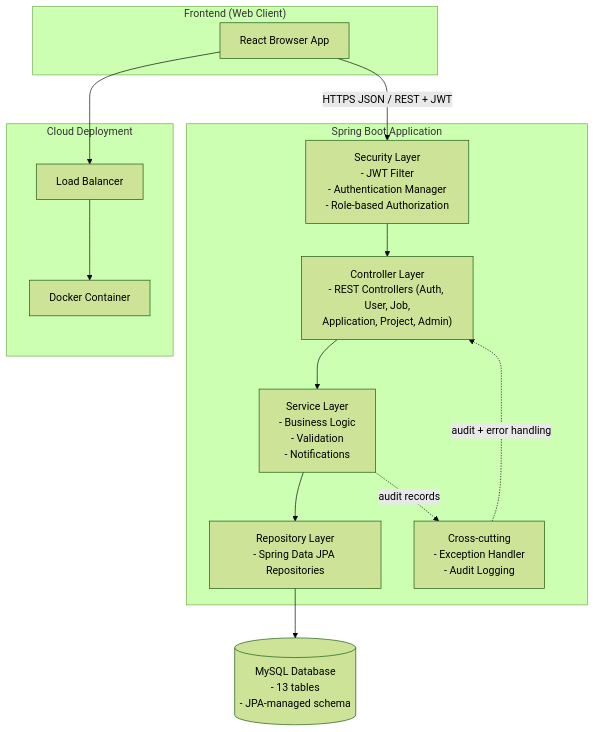
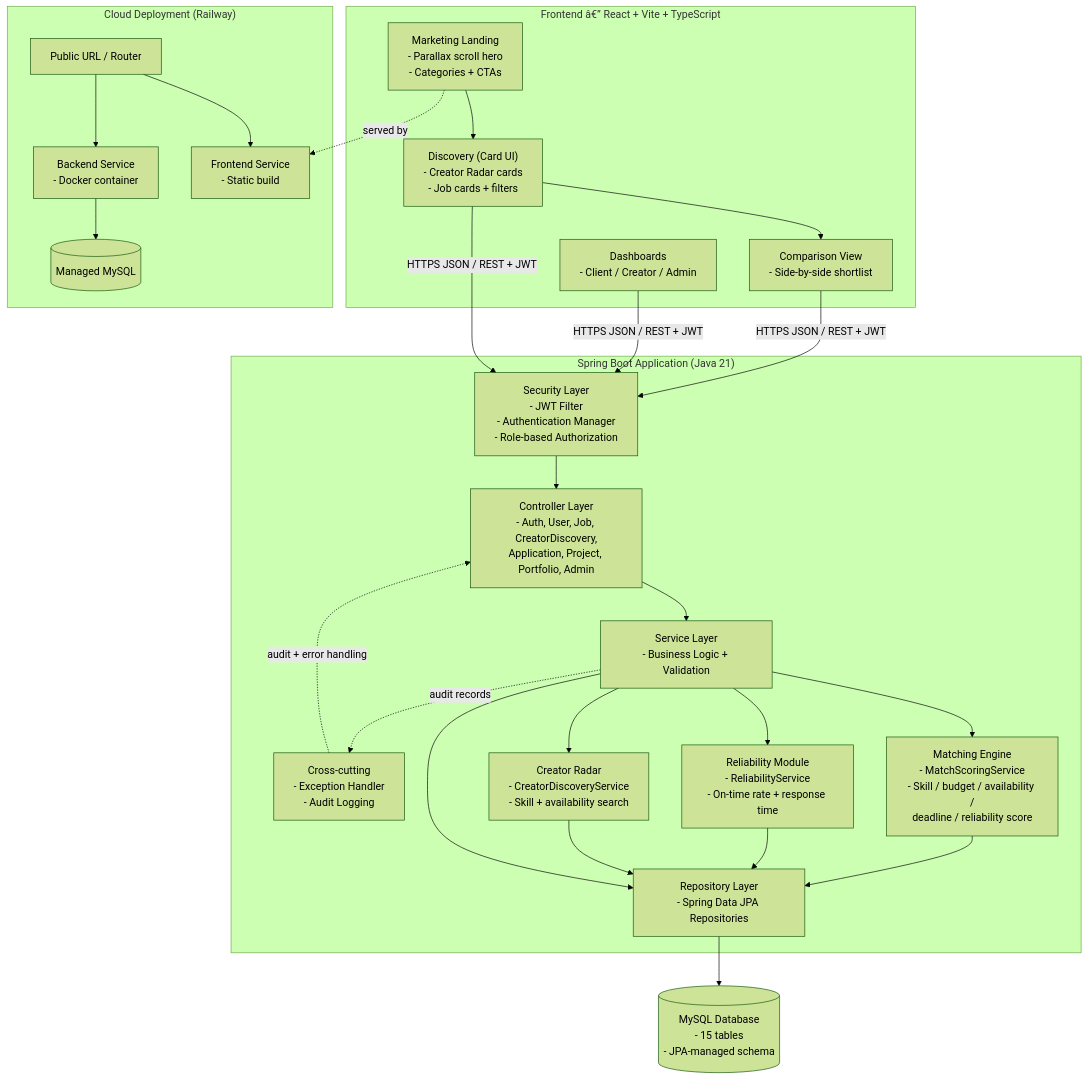
The diagram in docs/diagrams/system-architecture.mmd (hanush301102-sudo/capstone), drawn with Mermaid (forest theme) before and after one commit. The commit also changed 5 other files, not shown here.

Commit message:
docs: rework class diagram and architecture with matching engine and radar

```diff
--- a/docs/diagrams/system-architecture.mmd
+++ b/docs/diagrams/system-architecture.mmd
@@ -1,29 +1,49 @@
 flowchart TB
-    subgraph FRONTEND["Frontend (Web Client)"]
-        BROWSER["React Browser App"]
+    subgraph FRONTEND["Frontend â€” React + Vite + TypeScript"]
+        LANDING["Marketing Landing\n- Parallax scroll hero\n- Categories + CTAs"]
+        MARKET["Discovery (Card UI)\n- Creator Radar cards\n- Job cards + filters"]
+        COMPARE["Comparison View\n- Side-by-side shortlist"]
+        DASH["Dashboards\n- Client / Creator / Admin"]
     end
 
-    subgraph BACKEND["Spring Boot Application"]
+    subgraph BACKEND["Spring Boot Application (Java 21)"]
         SEC["Security Layer\n- JWT Filter\n- Authentication Manager\n- Role-based Authorization"]
-        CTRL["Controller Layer\n- REST Controllers (Auth, User, Job,\nApplication, Project, Admin)"]
-        SVC["Service Layer\n- Business Logic\n- Validation\n- Notifications"]
+        CTRL["Controller Layer\n- Auth, User, Job, CreatorDiscovery,\nApplication, Project, Portfolio, Admin"]
+        SVC["Service Layer\n- Business Logic + Validation"]
+        MATCH["Matching Engine\n- MatchScoringService\n- Skill / budget / availability /\ndeadline / reliability score"]
+        REL["Reliability Module\n- ReliabilityService\n- On-time rate + response time"]
+        RADAR["Creator Radar\n- CreatorDiscoveryService\n- Skill + availability search"]
         REPO["Repository Layer\n- Spring Data JPA Repositories"]
         XCUT["Cross-cutting\n- Exception Handler\n- Audit Logging"]
     end
 
-    DB[("MySQL Database\n- 13 tables\n- JPA-managed schema")]
+    DB[("MySQL Database\n- 15 tables\n- JPA-managed schema")]
 
-    BROWSER -->|"HTTPS JSON / REST + JWT"| SEC
+    LANDING --> MARKET
+    MARKET --> COMPARE
+    MARKET -->|"HTTPS JSON / REST + JWT"| SEC
+    COMPARE -->|"HTTPS JSON / REST + JWT"| SEC
+    DASH -->|"HTTPS JSON / REST + JWT"| SEC
     SEC --> CTRL
     CTRL --> SVC
+    SVC --> MATCH
+    SVC --> REL
+    SVC --> RADAR
+    MATCH --> REPO
+    REL --> REPO
+    RADAR --> REPO
     SVC --> REPO
     REPO --> DB
     XCUT -.->|"audit + error handling"| CTRL
     SVC -.->|"audit records"| XCUT
 
-    subgraph CLOUD["Cloud Deployment"]
-        CONTAINER["Docker Container"]
-        LB["Load Balancer"]
+    subgraph CLOUD["Cloud Deployment (Railway)"]
+        FE["Frontend Service\n- Static build"]
+        BE["Backend Service\n- Docker container"]
+        MYSQL[("Managed MySQL")]
+        LB["Public URL / Router"]
     end
-    BROWSER --> LB
-    LB --> CONTAINER
+    LANDING -.->|"served by"| FE
+    BE --> MYSQL
+    LB --> FE
+    LB --> BE
```
